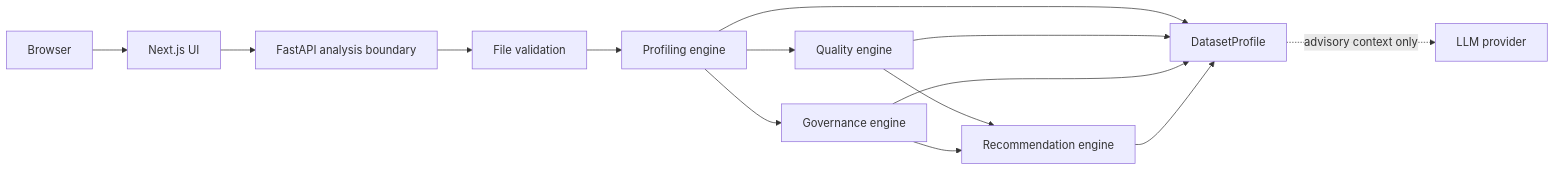
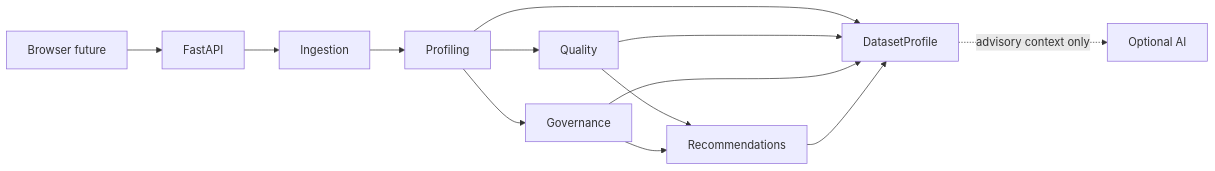
One commit to David-Simon-Soler/Data-Gobernance-Copilot changed the diagram in docs/ARCHITECTURE.md. Above: the diagram before and after it, drawn with Mermaid. The commit also changed other lines of this file and 18 other files, not shown here.

````diff
--- a/docs/ARCHITECTURE.md
+++ b/docs/ARCHITECTURE.md
@@ -7,16 +7,15 @@
 ```mermaid
 flowchart LR
-  B[Browser] --> W[Next.js UI]
-  W --> A[FastAPI analysis boundary]
-  A --> V[File validation]
-  V --> P[Profiling engine]
-  P --> Q[Quality engine]
-  P --> G[Governance engine]
-  Q --> R[Recommendation engine]
+  B[Browser future] --> A[FastAPI]
+  A --> I[Ingestion]
+  I --> P[Profiling]
+  P --> Q[Quality]
+  P --> G[Governance]
+  Q --> R[Recommendations]
   G --> R
   P --> D[DatasetProfile]
   Q --> D
   G --> D
   R --> D
-  D -. advisory context only .-> L[LLM provider]
+  D -. advisory context only .-> L[Optional AI]
 ```
````
